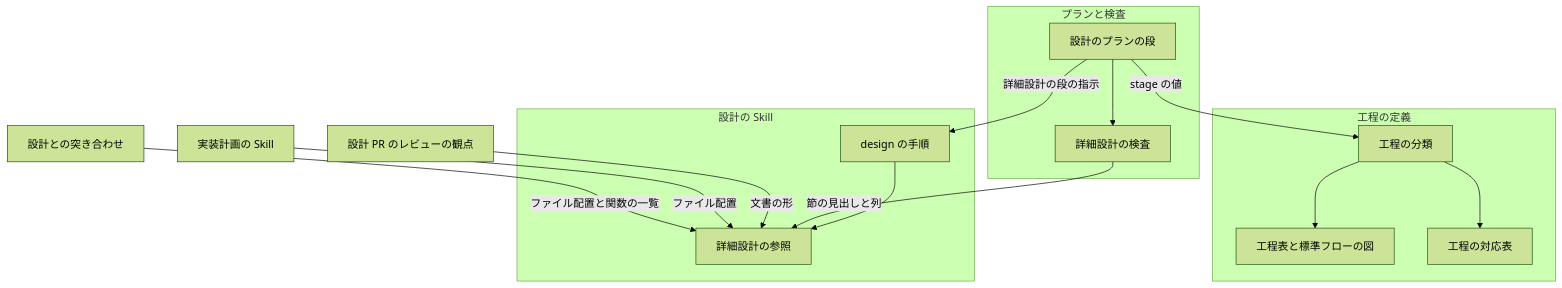
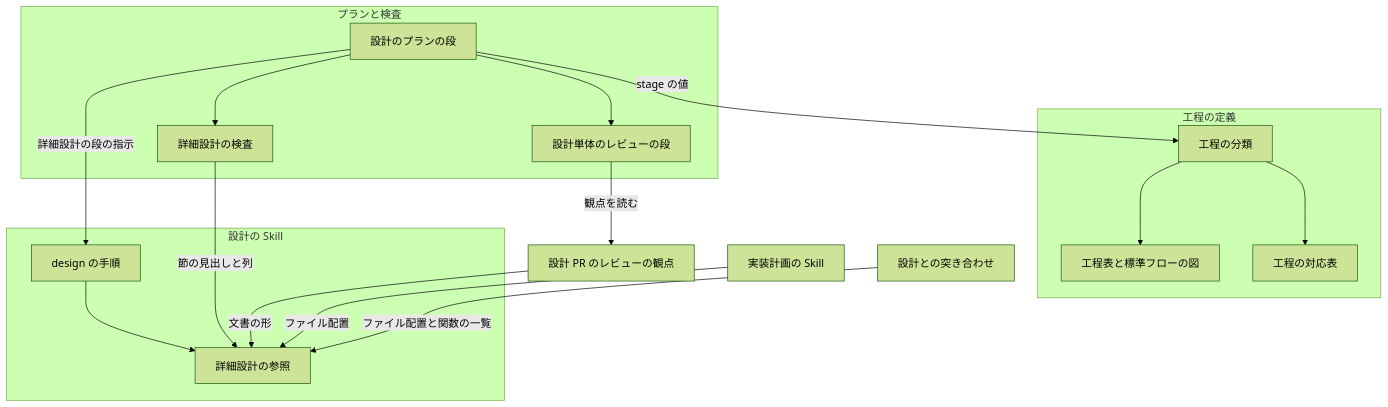
Before and after one commit to devbasex/ai-plugins: the first of 3 diagrams in issues/issue-3144-design.md, drawn with Mermaid (forest theme). The commit also changed other lines of this file and 2 other files, not shown here.

````diff
--- a/issues/issue-3144-design.md
+++ b/issues/issue-3144-design.md
@@ -139,19 +145,21 @@
 ```mermaid
 graph TD
     subgraph 工程の定義
         M[工程の分類] --> T[工程表と標準フローの図]
         M --> R[工程の対応表]
     end
     subgraph 設計の Skill
         S[design の手順] --> D[詳細設計の参照]
     end
     subgraph プランと検査
         P[設計のプランの段] --> C[詳細設計の検査]
+        P --> L[設計単体のレビューの段]
     end
+    L -->|観点を読む| V
     P -->|詳細設計の段の指示| S
     C -->|節の見出しと列| D
     V[設計 PR のレビューの観点] -->|文書の形| D
     I[実装計画の Skill] -->|ファイル配置| D
     G[設計との突き合わせ] -->|ファイル配置と関数の一覧| D
     P -->|stage の値| M
 ```
````
